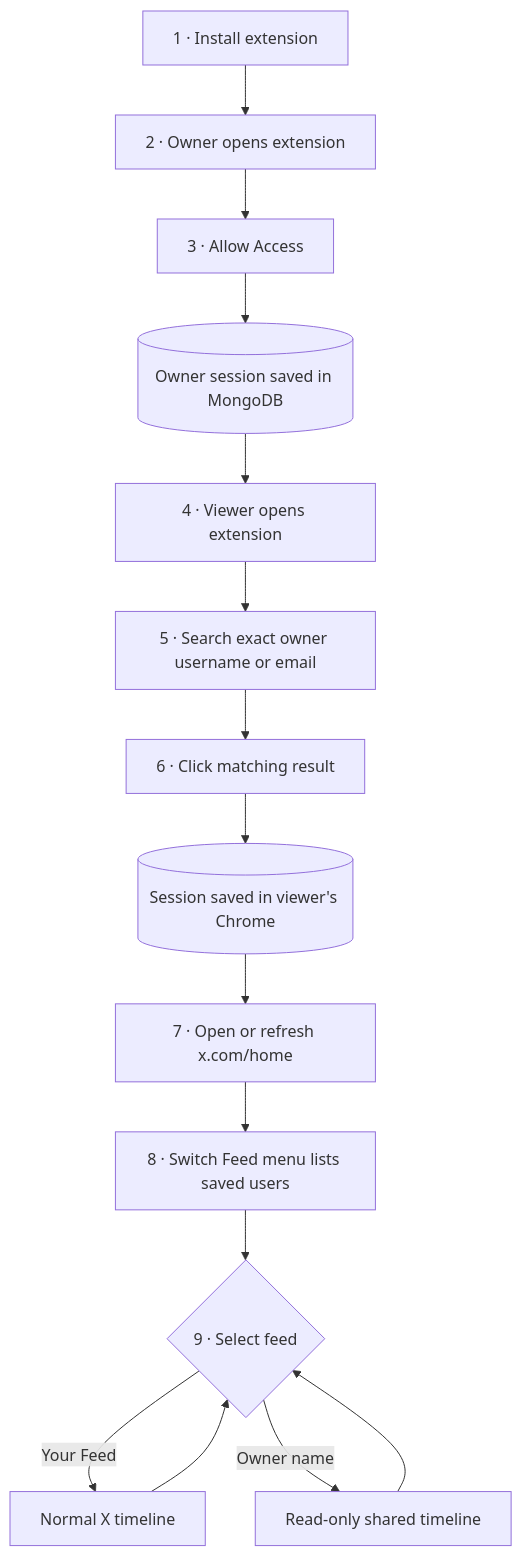
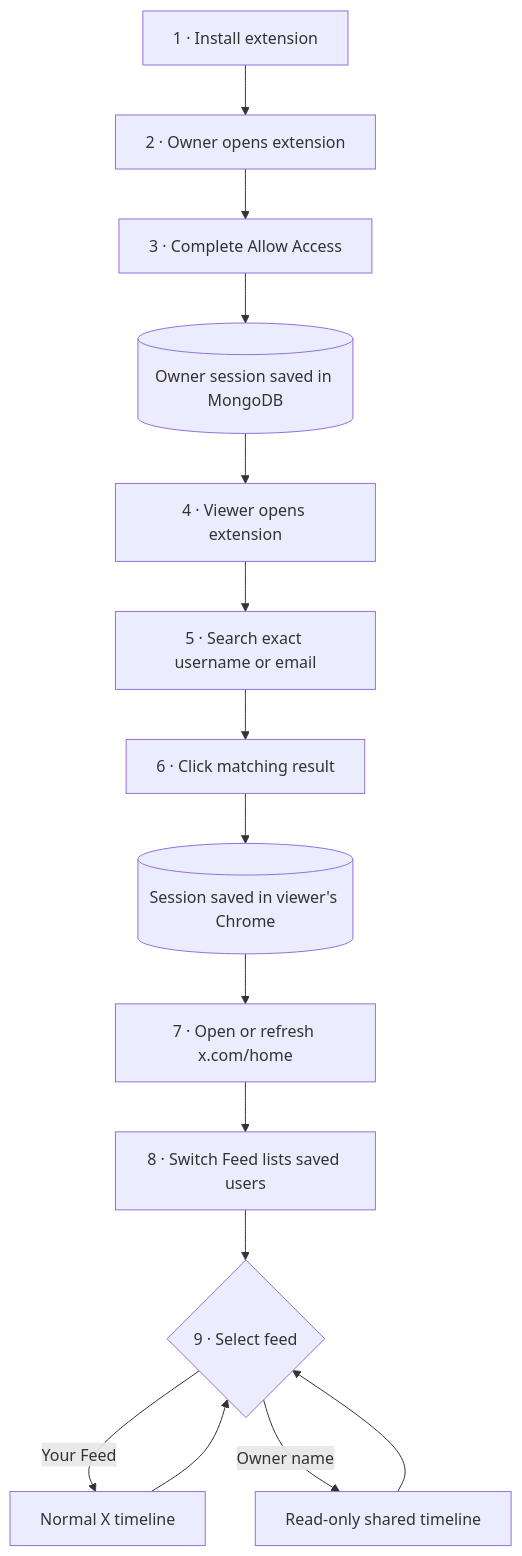
One commit to SidheshwarSarangal/X_feed_extension changed the first of 10 diagrams in docs/workflows-and-api.md. Above: the diagram before and after it, drawn with Mermaid. The commit also changed other lines of this file and 8 other files, not shown here.

````diff
--- a/docs/workflows-and-api.md
+++ b/docs/workflows-and-api.md
@@ -21,17 +22,17 @@
 ```mermaid
 flowchart TB
     Install[1 · Install extension] --> OpenOwner[2 · Owner opens extension]
-    OpenOwner --> Allow[3 · Allow Access]
+    OpenOwner --> Allow[3 · Complete Allow Access]
     Allow --> Grant[(Owner session saved in MongoDB)]
     Grant --> OpenViewer[4 · Viewer opens extension]
-    OpenViewer --> Search[5 · Search exact owner username or email]
+    OpenViewer --> Search[5 · Search exact username or email]
     Search --> Click[6 · Click matching result]
     Click --> Local[(Session saved in viewer's Chrome)]
     Local --> Home[7 · Open or refresh x.com/home]
-    Home --> Menu[8 · Switch Feed menu lists saved users]
+    Home --> Menu[8 · Switch Feed lists saved users]
     Menu --> Select{9 · Select feed}
     Select -->|Your Feed| Own[Normal X timeline]
     Select -->|Owner name| Shared[Read-only shared timeline]
     Own --> Select
     Shared --> Select
 ```
````
